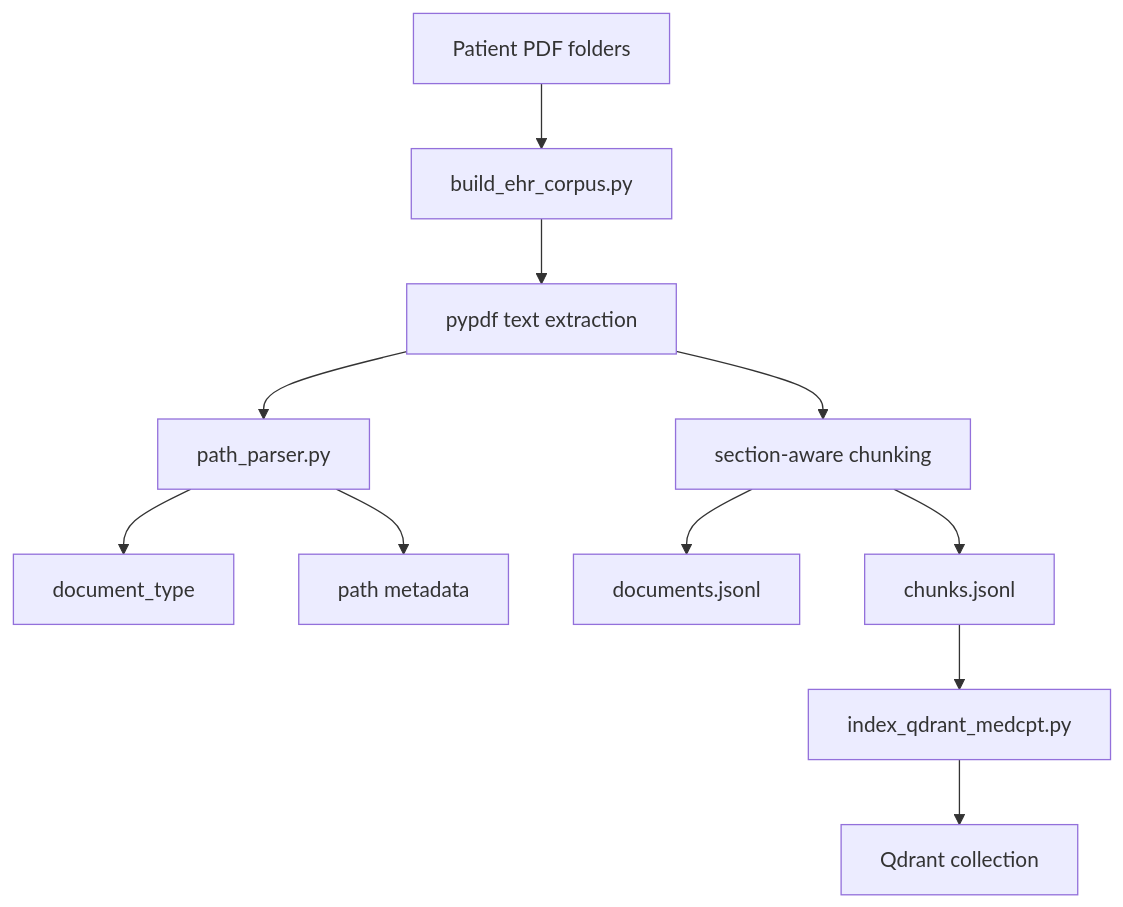
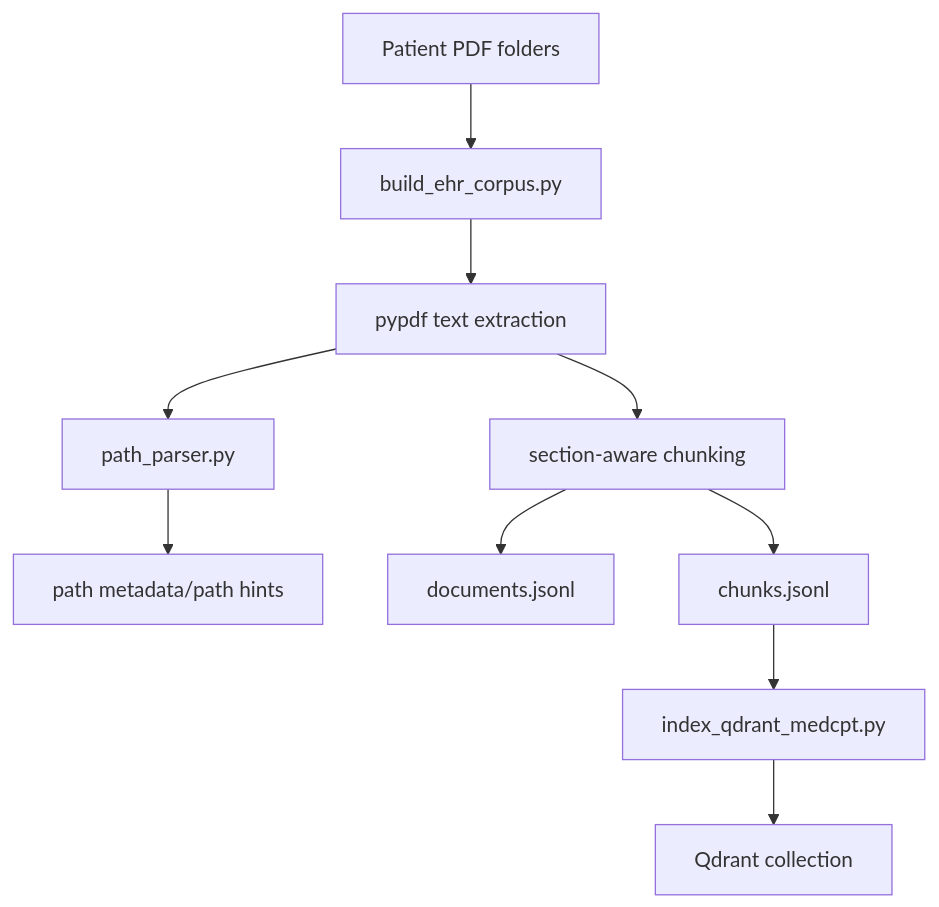
Before and after one commit to Kelebrimbor97/Bariatric_Document_version: the second of 8 diagrams in docs/PROJECT_FLOW.md, drawn with Mermaid. The commit also changed other lines of this file and 1 other file, not shown here.

````diff
--- a/docs/PROJECT_FLOW.md
+++ b/docs/PROJECT_FLOW.md
@@ -95,13 +95,12 @@
 ```mermaid
 flowchart TD
     A[Patient PDF folders] --> B[build_ehr_corpus.py]
     B --> C[pypdf text extraction]
     C --> D[path_parser.py]
-    D --> D1[document_type]
-    D --> D2[path metadata]
+    D --> D2[path metadata/path hints]
     C --> E[section-aware chunking]
     E --> F[documents.jsonl]
     E --> G[chunks.jsonl]
     G --> H[index_qdrant_medcpt.py]
     H --> I[Qdrant collection]
 ```
````
